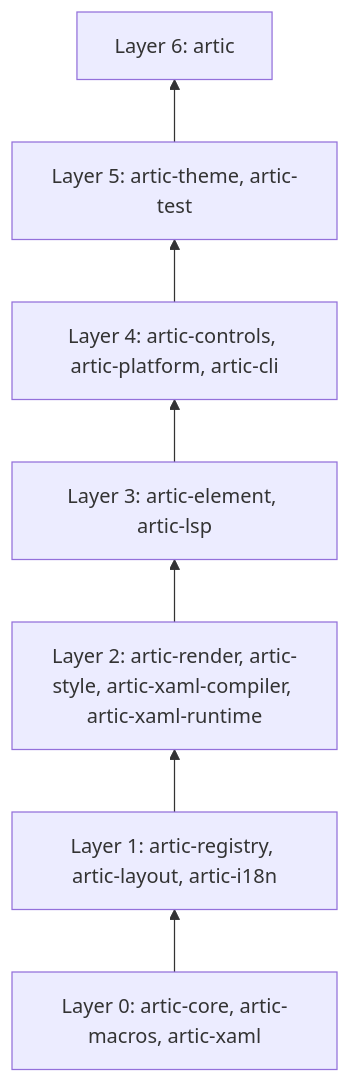
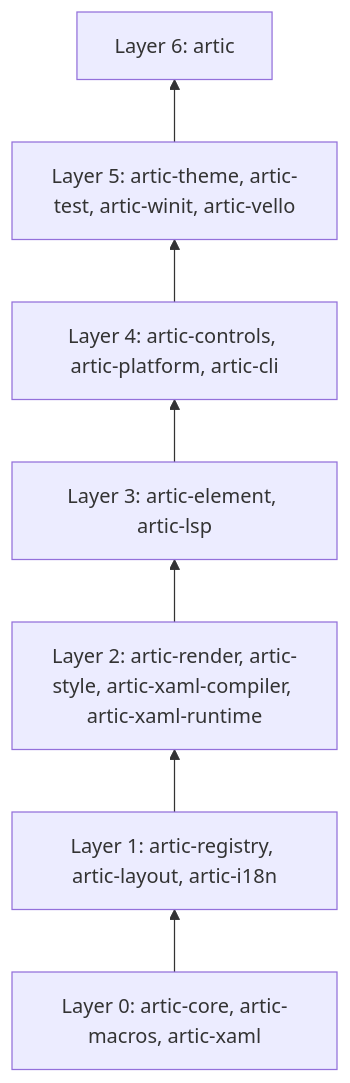
One commit to wolfware-labs/Artic changed the first of 3 diagrams in docs/spec/technical_spec.md. Above: the diagram before and after it, drawn with Mermaid. The commit also changed 2 other files, not shown here.

Commit message:
docs: bring the README's crates and layers in line with the architecture
The layer table and diagram gain artic-element at layer 3 and move
the crates above it up one layer, as docs/architecture.md has them.
The artic-macros row lists the macros that exist, the project tree and
documentation links include docs/design, and the spec's layer diagram
names the default adapters at layer 5.

````diff
--- a/docs/spec/technical_spec.md
+++ b/docs/spec/technical_spec.md
@@ -51,11 +51,11 @@
 ```mermaid
 flowchart BT
   L0["Layer 0: artic-core, artic-macros, artic-xaml"]
   L1["Layer 1: artic-registry, artic-layout, artic-i18n"]
   L2["Layer 2: artic-render, artic-style, artic-xaml-compiler, artic-xaml-runtime"]
   L3["Layer 3: artic-element, artic-lsp"]
   L4["Layer 4: artic-controls, artic-platform, artic-cli"]
-  L5["Layer 5: artic-theme, artic-test"]
+  L5["Layer 5: artic-theme, artic-test, artic-winit, artic-vello"]
   L6["Layer 6: artic"]
   L0 --> L1 --> L2 --> L3 --> L4 --> L5 --> L6
 ```
````
